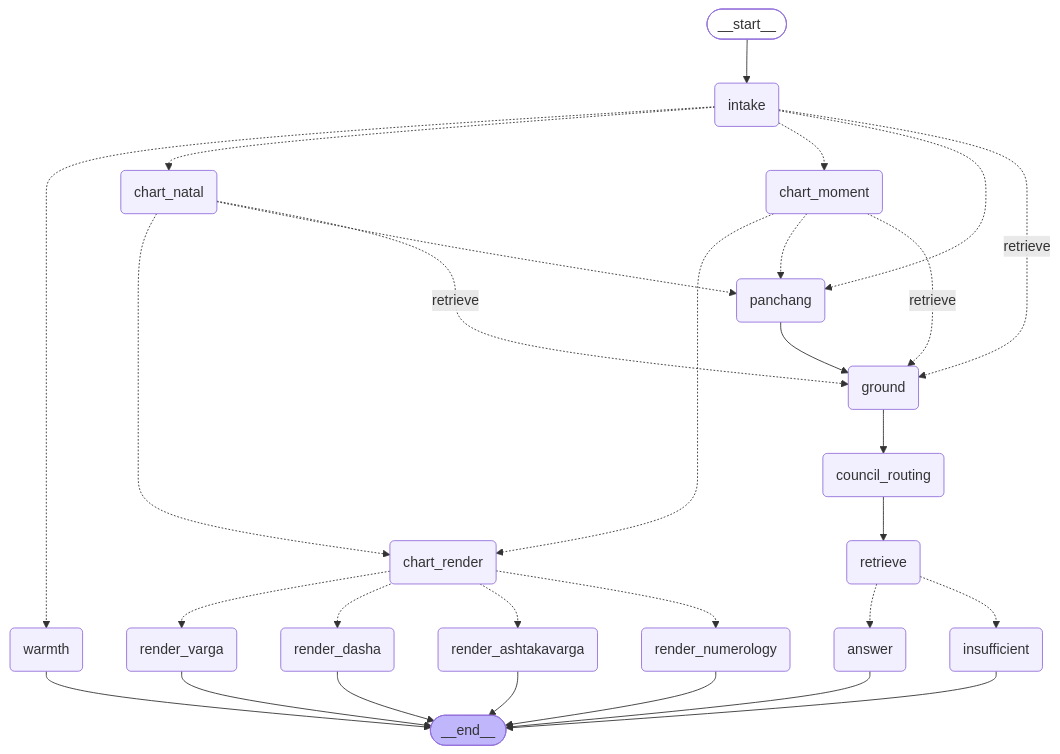
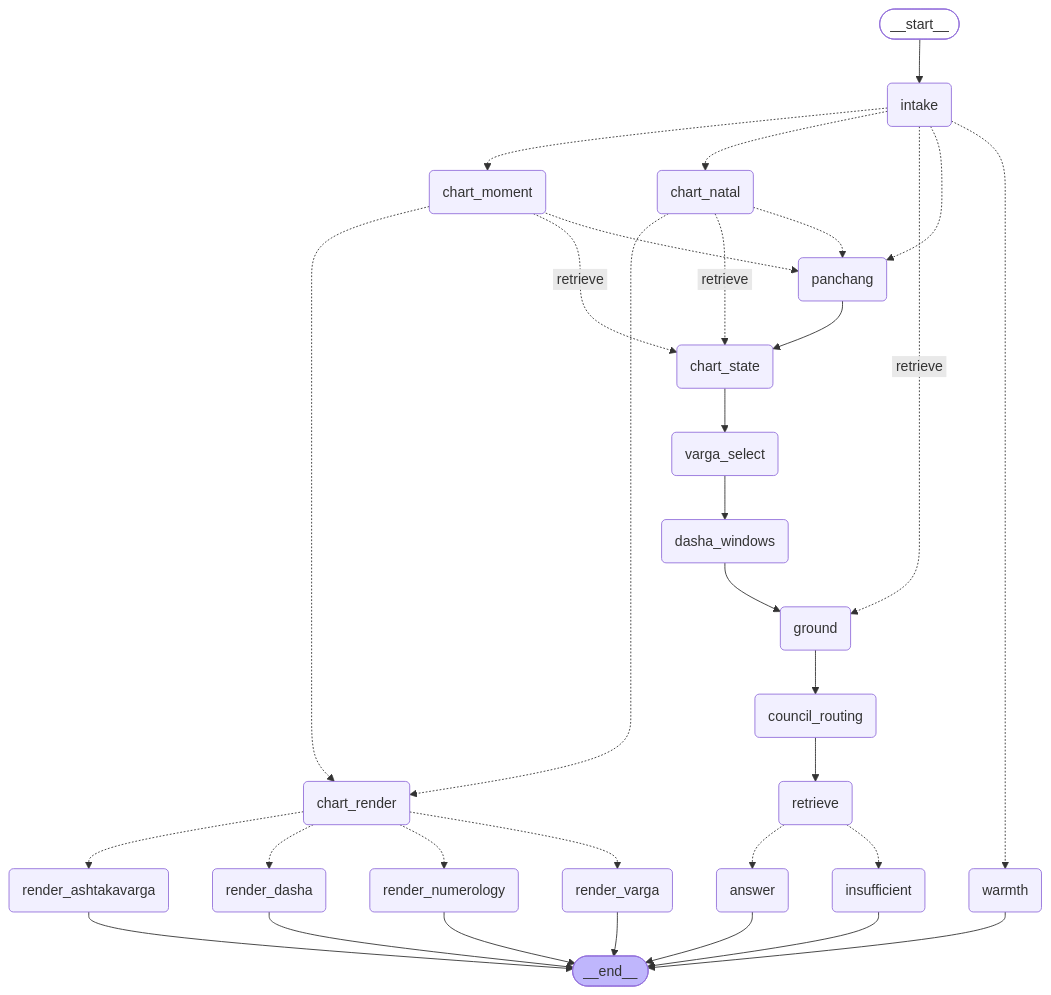
Before and after one commit to dianapps233lokesh/rishivan_demo: the diagram in rishivan/graph/README.md, drawn with Mermaid. The commit also changed other lines of this file and 3 other files, not shown here.

````diff
--- a/rishivan/graph/README.md
+++ b/rishivan/graph/README.md
@@ -18,51 +18,57 @@
 ```mermaid
 graph TD;
-	__start__([__start__]):::first
+	__start__([<p>__start__</p>]):::first
 	intake(intake)
 	warmth(warmth)
 	chart_natal(chart_natal)
 	chart_moment(chart_moment)
 	panchang(panchang)
+	chart_state(chart_state)
+	varga_select(varga_select)
+	dasha_windows(dasha_windows)
 	chart_render(chart_render)
 	render_varga(render_varga)
 	render_dasha(render_dasha)
 	render_ashtakavarga(render_ashtakavarga)
 	render_numerology(render_numerology)
 	ground(ground)
 	council_routing(council_routing)
 	retrieve(retrieve)
 	answer(answer)
 	insufficient(insufficient)
-	__end__([__end__]):::last
+	__end__([<p>__end__</p>]):::last
 	__start__ --> intake;
+	chart_moment -.-> chart_render;
+	chart_moment -. &nbsp;retrieve&nbsp; .-> chart_state;
+	chart_moment -.-> panchang;
+	chart_natal -.-> chart_render;
+	chart_natal -. &nbsp;retrieve&nbsp; .-> chart_state;
+	chart_natal -.-> panchang;
+	chart_render -.-> render_ashtakavarga;
+	chart_render -.-> render_dasha;
+	chart_render -.-> render_numerology;
+	chart_render -.-> render_varga;
+	chart_state --> varga_select;
+	council_routing --> retrieve;
+	dasha_windows --> ground;
+	ground --> council_routing;
+	intake -.-> chart_moment;
+	intake -.-> chart_natal;
+	intake -. &nbsp;retrieve&nbsp; .-> ground;
+	intake -.-> panchang;
 	intake -.-> warmth;
-	intake -.-> chart_natal;
-	intake -.-> chart_moment;
-	intake -.-> panchang;
-	intake -. retrieve .-> ground;
-	chart_natal -.-> chart_render;
-	chart_natal -.-> panchang;
-	chart_natal -. retrieve .-> ground;
-	chart_moment -.-> chart_render;
-	chart_moment -.-> panchang;
-	chart_moment -. retrieve .-> ground;
-	chart_render -.-> render_varga;
-	chart_render -.-> render_dasha;
-	chart_render -.-> render_ashtakavarga;
-	chart_render -.-> render_numerology;
-	panchang --> ground;
-	ground --> council_routing;
-	council_routing --> retrieve;
+	panchang --> chart_state;
 	retrieve -.-> answer;
 	retrieve -.-> insufficient;
-	warmth --> __end__;
-	render_varga --> __end__;
-	render_dasha --> __end__;
-	render_ashtakavarga --> __end__;
-	render_numerology --> __end__;
+	varga_select --> dasha_windows;
 	answer --> __end__;
 	insufficient --> __end__;
+	render_ashtakavarga --> __end__;
+	render_dasha --> __end__;
+	render_numerology --> __end__;
+	render_varga --> __end__;
+	warmth --> __end__;
 	classDef default fill:#f2f0ff,line-height:1.2
 	classDef first fill-opacity:0
 	classDef last fill:#bfb6fc
 ```
````
